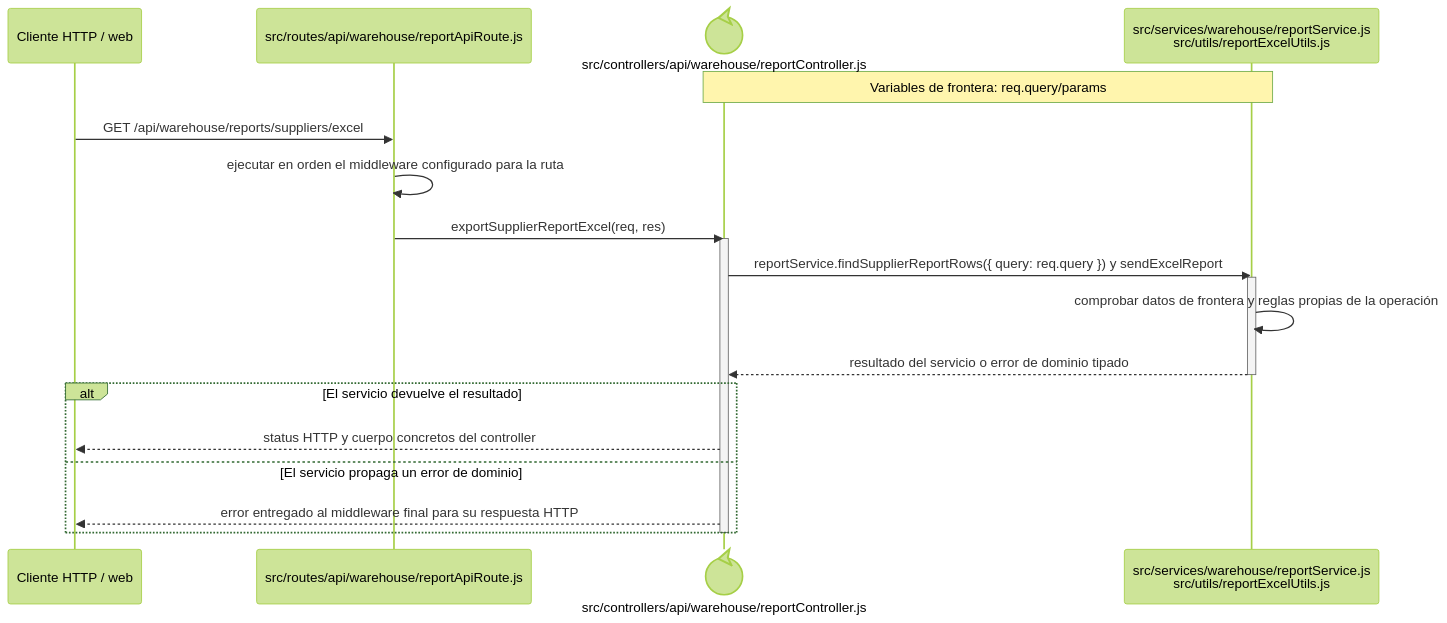
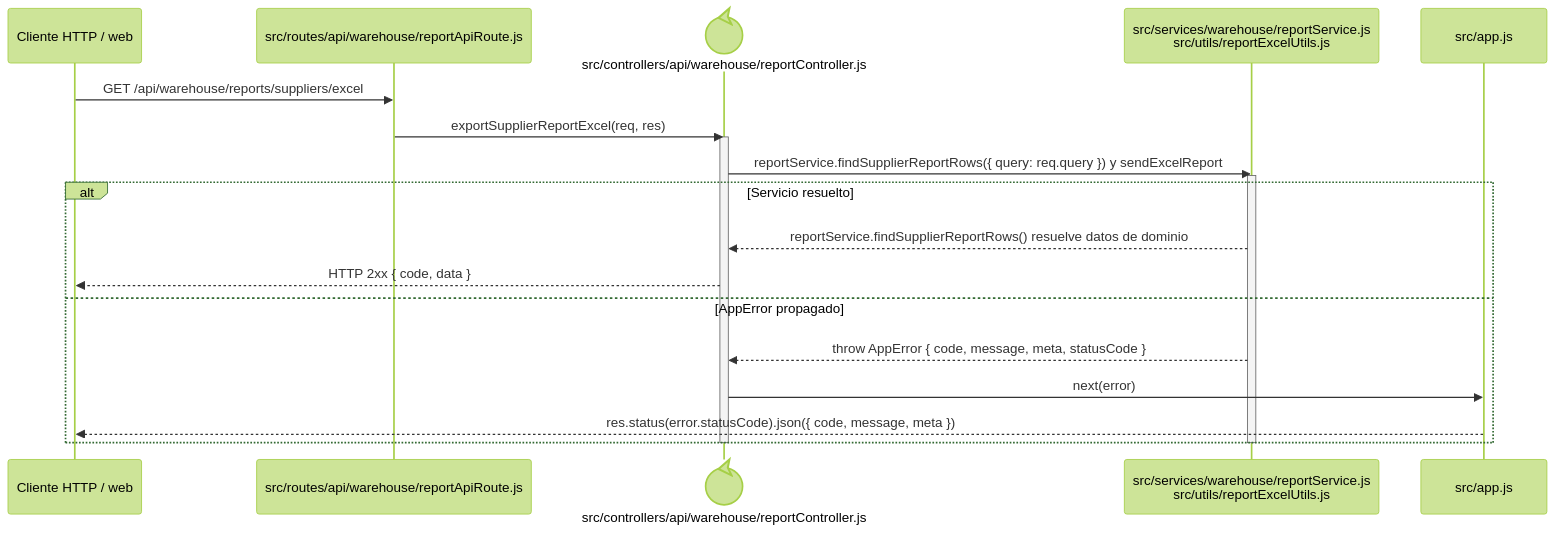
The diagram in docs/architecture/backend-code-sequences/catalogs/cu-cat-04.md (gpgsistemas01/nexus), drawn with Mermaid (forest theme) before and after one commit. The commit also changed 148 other files, not shown here.

````diff
--- a/docs/architecture/backend-code-sequences/catalogs/cu-cat-04.md
+++ b/docs/architecture/backend-code-sequences/catalogs/cu-cat-04.md
@@ -6,24 +6,24 @@
 ```mermaid
 sequenceDiagram
     participant Client as Cliente HTTP / web
     participant Route as src/routes/api/warehouse/reportApiRoute.js
     participant Controller@{ "type": "control" } as src/controllers/api/warehouse/reportController.js
     participant Domain as src/services/warehouse/reportService.js<br/>src/utils/reportExcelUtils.js
-    Note over Controller,Domain: Variables de frontera: req.query/params
+    participant ErrorHandler as src/app.js
 
     Client->>Route: GET /api/warehouse/reports/suppliers/excel
-    Route->>Route: ejecutar en orden el middleware configurado para la ruta
     Route->>Controller: exportSupplierReportExcel(req, res)
     activate Controller
     Controller->>Domain: reportService.findSupplierReportRows({ query: req.query }) y sendExcelReport
     activate Domain
-    Domain->>Domain: comprobar datos de frontera y reglas propias de la operación
-    Domain-->>Controller: resultado del servicio o error de dominio tipado
+    alt Servicio resuelto
+        Domain-->>Controller: reportService.findSupplierReportRows() resuelve datos de dominio
+        Controller-->>Client: HTTP 2xx { code, data }
+    else AppError propagado
+        Domain-->>Controller: throw AppError { code, message, meta, statusCode }
+        Controller->>ErrorHandler: next(error)
+        ErrorHandler-->>Client: res.status(error.statusCode).json({ code, message, meta })
+    end
     deactivate Domain
-    alt El servicio devuelve el resultado
-        Controller-->>Client: status HTTP y cuerpo concretos del controller
-    else El servicio propaga un error de dominio
-        Controller-->>Client: error entregado al middleware final para su respuesta HTTP
-    end
     deactivate Controller
 ```
````
